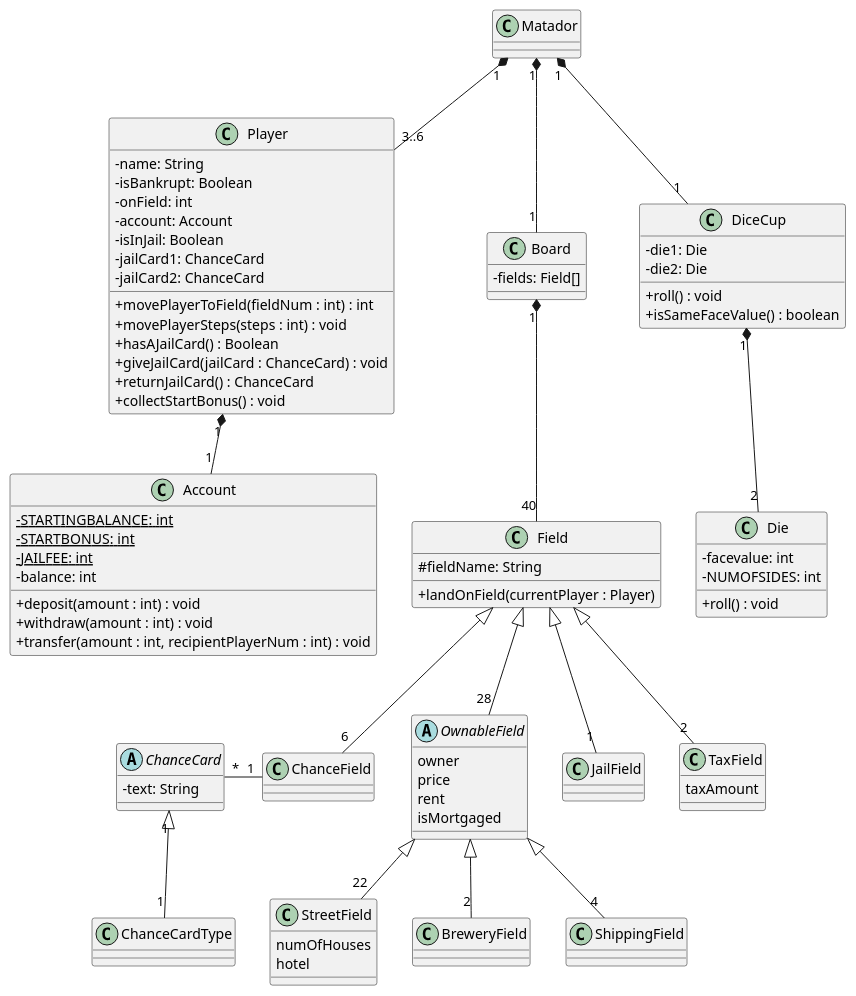
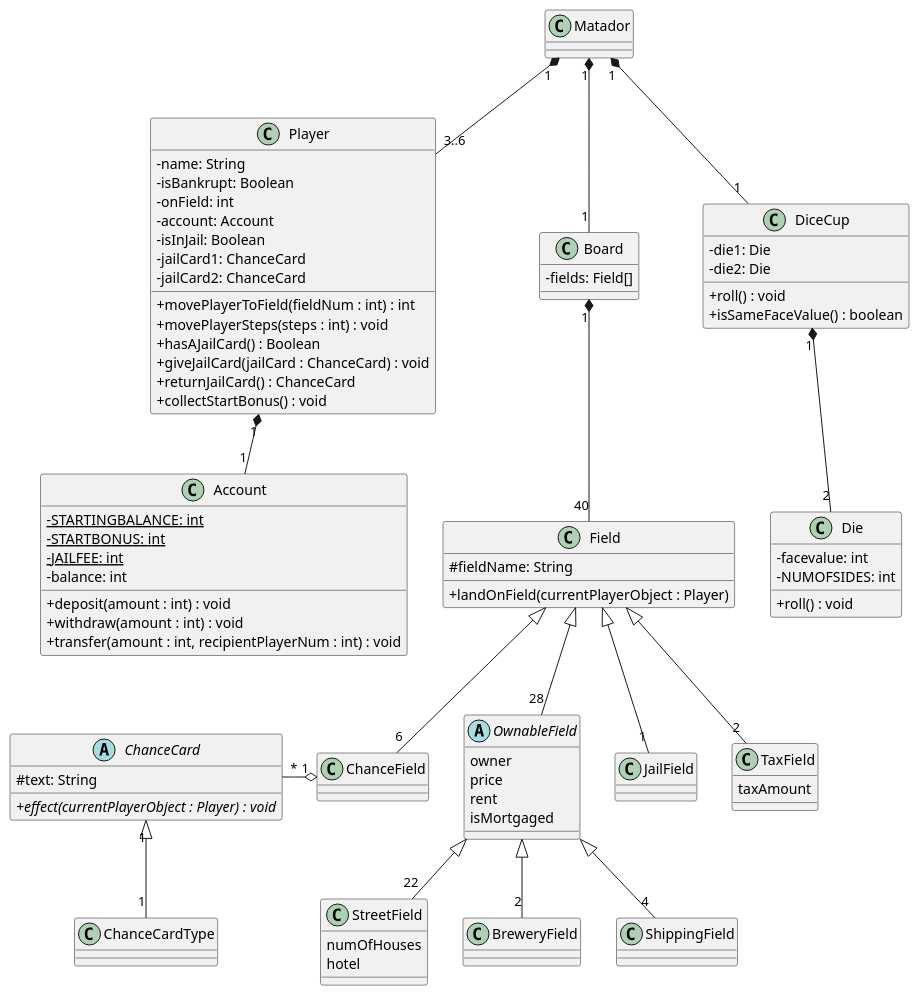
One commit to GabeKierk889/gruppe-18 changed the diagram in 18_final/UML/DesignClassDiagram.puml. Above: the diagram before and after it, drawn with PlantUML.

Commit message:
Updated DCD

```diff
--- a/18_final/UML/DesignClassDiagram.puml
+++ b/18_final/UML/DesignClassDiagram.puml
@@ -1,120 +1,121 @@
 @startuml
 'https://plantuml.com/class-diagram
 skinparam classAttributeIconSize 0
 
 class Matador {
 
 }
 
 class Player {
     -name: String
     -isBankrupt: Boolean
     -onField: int
     -account: Account
     -isInJail: Boolean
     -jailCard1: ChanceCard
     -jailCard2: ChanceCard
 
     +movePlayerToField(fieldNum : int) : int
     +movePlayerSteps(steps : int) : void
     +hasAJailCard() : Boolean
     +giveJailCard(jailCard : ChanceCard) : void
     +returnJailCard() : ChanceCard
     +collectStartBonus() : void
 }
 
 class Board {
     -fields: Field[]
 }
 
 class Field {
     #fieldName: String
 
-    +landOnField(currentPlayer : Player)
+    +landOnField(currentPlayerObject : Player)
 }
 
 class Account {
     {static} -STARTINGBALANCE: int
     {static} -STARTBONUS: int
     {static} -JAILFEE: int
     -balance: int
 
     +deposit(amount : int) : void
     +withdraw(amount : int) : void
     +transfer(amount : int, recipientPlayerNum : int) : void
 }
 
 class DiceCup {
     -die1: Die
     -die2: Die
 
     +roll() : void
     +isSameFaceValue() : boolean
 }
 
 class Die {
     -facevalue: int
     -NUMOFSIDES: int
 
     +roll() : void
 }
 
 class ChanceCardType {
 
 }
 
 abstract class ChanceCard {
-    -text: String
+    #text: String
 
+    {abstract}+effect(currentPlayerObject : Player) : void
 }
 
 abstract class OwnableField {
         owner
         price
         rent
         isMortgaged
 }
 
 class StreetField {
     numOfHouses
     hotel
 }
 
 class BreweryField {
 
 }
 
 class ShippingField {
 
 }
 
 class ChanceField {
 
 }
 
 class JailField {
 
 }
 
 class TaxField {
     taxAmount
 }
 
 Matador "1" *-- "1" Board
 Matador "1" *-- "1" DiceCup
 Matador "1" *-- "3..6" Player
 Player "1" *-- "1" Account
 Board "1" *-- "40" Field
 OwnableField <|-- "22" StreetField
 Field <|-- "6" ChanceField
 Field <|-- "1" JailField
-ChanceCard "*" - "1" ChanceField
+ChanceCard "*" -o "1" ChanceField
 ChanceCard "1" <|-- "1" ChanceCardType
 DiceCup "1" *-- "2" Die
 Field <|-- "28" OwnableField
 OwnableField <|-- "2" BreweryField
 OwnableField <|-- "4" ShippingField
 Field <|-- "2" TaxField
 
 
 @enduml
```
